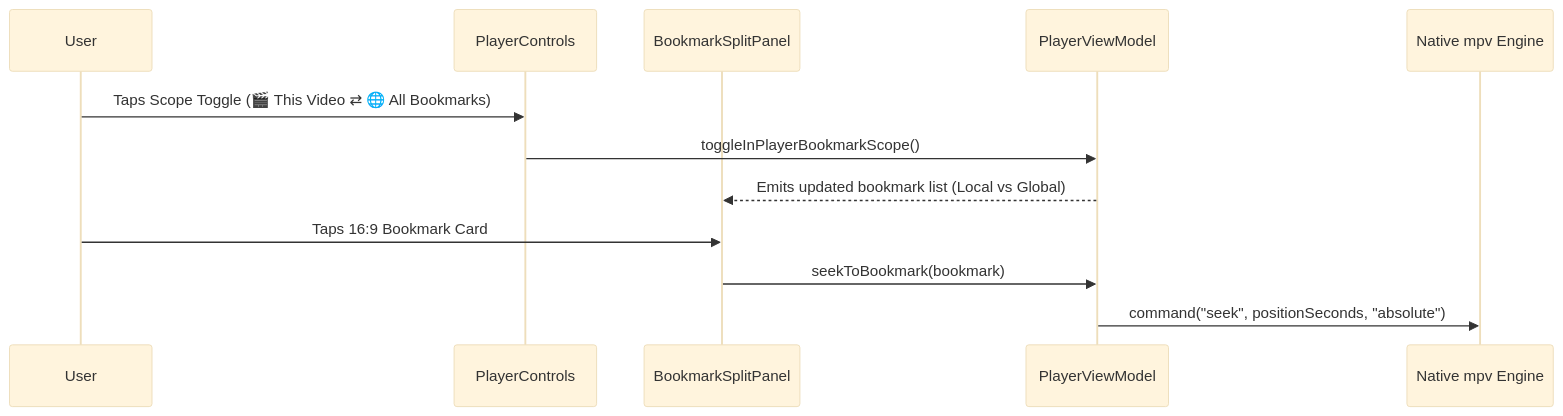
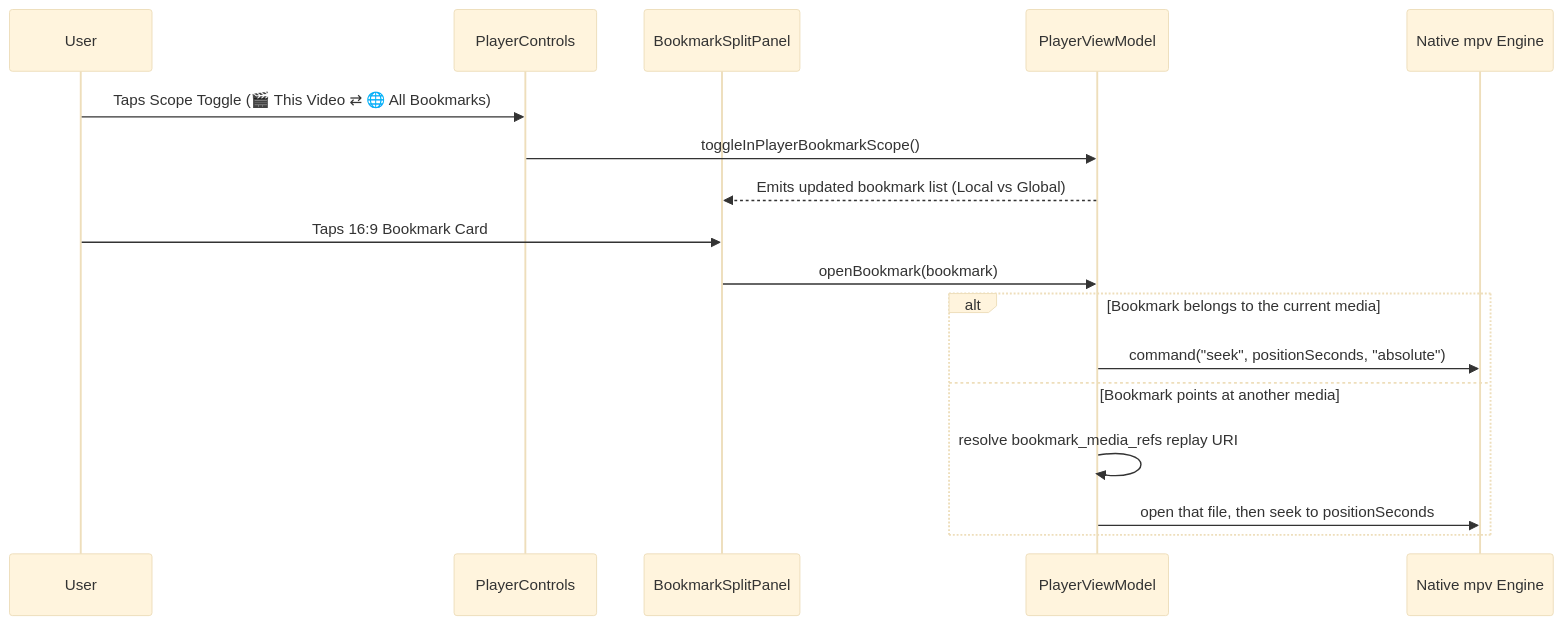
The third of 8 diagrams in docs/ARCHITECTURE.md (Mostakim2005/mpvRx), drawn with Mermaid (base theme) before and after one commit. The commit also changed other lines of this file and 3 other files, not shown here.

First line of the commit message:
docs: correct the v3.2.2 architecture, decisions and release evidence

````diff
--- a/docs/ARCHITECTURE.md
+++ b/docs/ARCHITECTURE.md
@@ -114,15 +114,20 @@
 ```mermaid
 sequenceDiagram
     participant User
     participant Controls as PlayerControls
     participant Drawer as BookmarkSplitPanel
     participant VM as PlayerViewModel
     participant mpv as Native mpv Engine
 
     User->>Controls: Taps Scope Toggle (🎬 This Video ⇄ 🌐 All Bookmarks)
     Controls->>VM: toggleInPlayerBookmarkScope()
     VM-->>Drawer: Emits updated bookmark list (Local vs Global)
     User->>Drawer: Taps 16:9 Bookmark Card
-    Drawer->>VM: seekToBookmark(bookmark)
-    VM->>mpv: command("seek", positionSeconds, "absolute")
+    Drawer->>VM: openBookmark(bookmark)
+    alt Bookmark belongs to the current media
+        VM->>mpv: command("seek", positionSeconds, "absolute")
+    else Bookmark points at another media
+        VM->>VM: resolve bookmark_media_refs replay URI
+        VM->>mpv: open that file, then seek to positionSeconds
+    end
 ```
````
